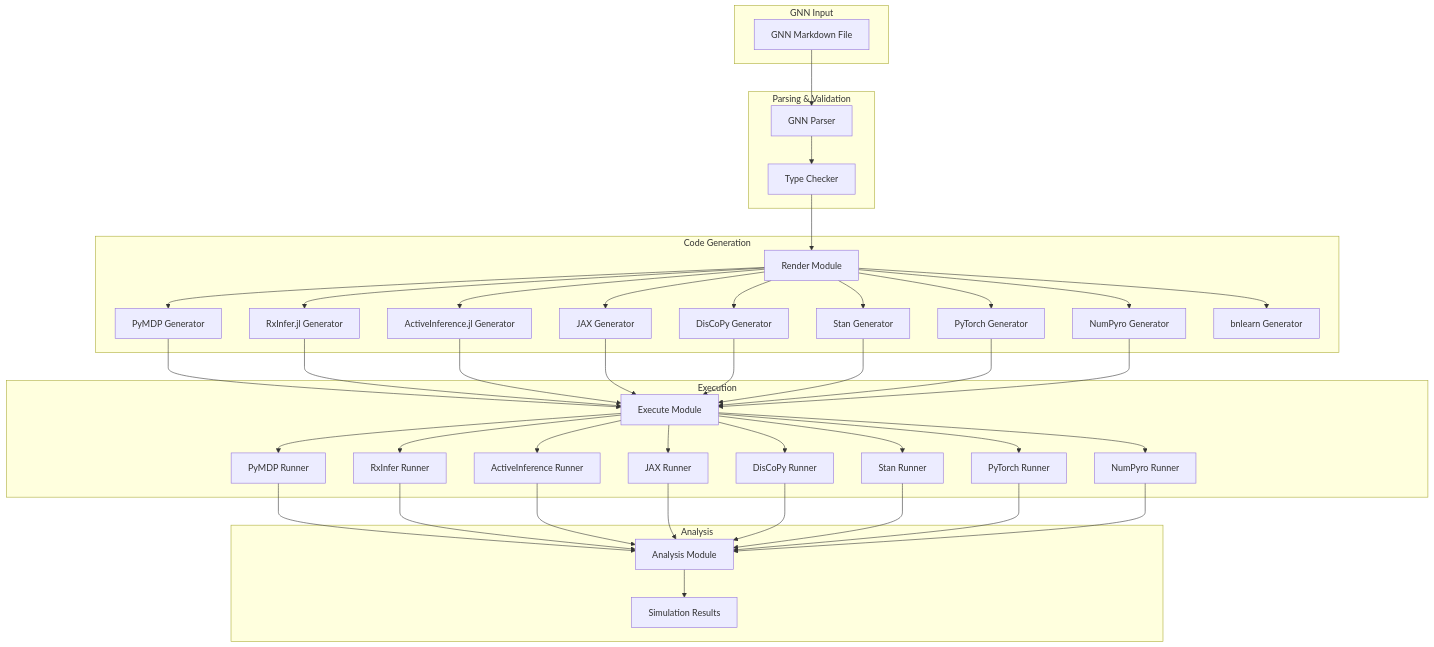
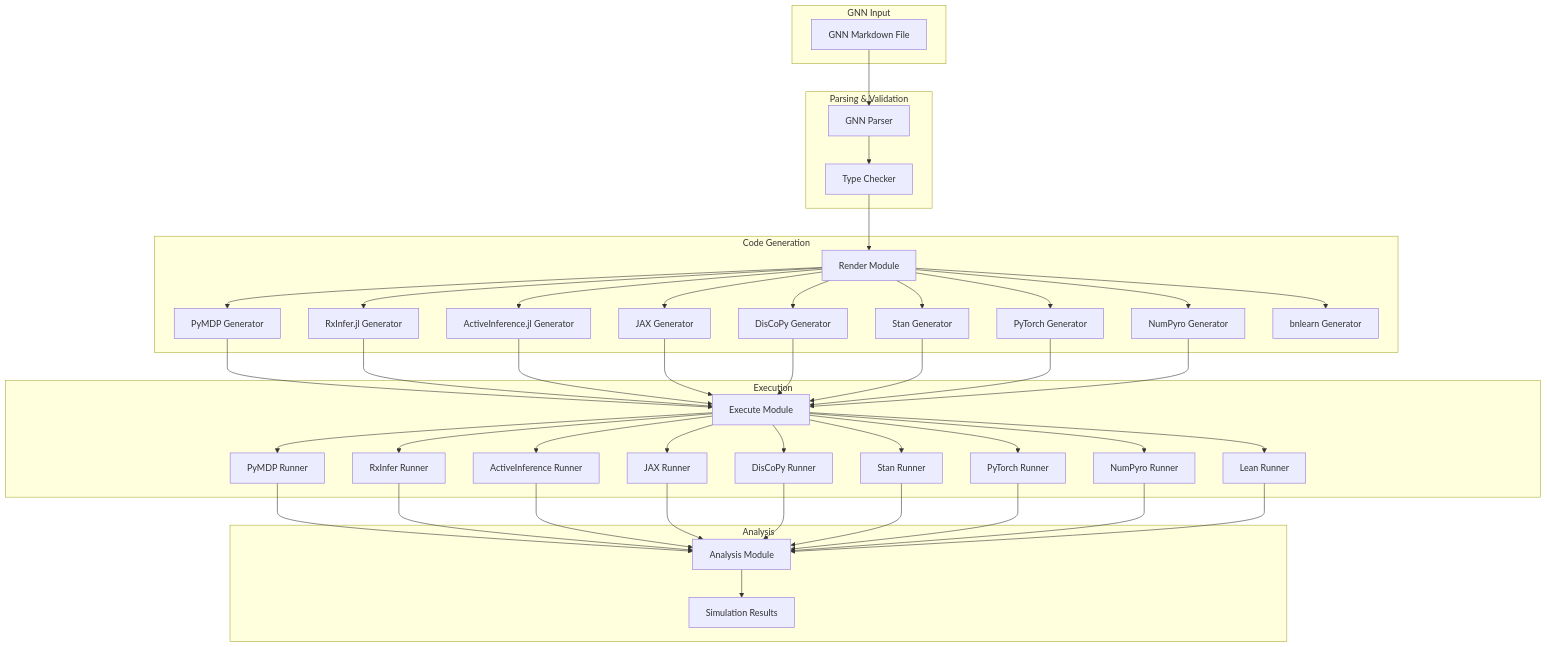
Before and after one commit to ActiveInferenceInstitute/GeneralizedNotationNotation: the fourth of 8 diagrams in README.md, drawn with Mermaid. The commit also changed other lines of this file and 131 other files, not shown here.

````diff
--- a/README.md
+++ b/README.md
@@ -411,6 +411,7 @@
         StanExec[Stan Runner]
         PyTorchExec[PyTorch Runner]
         NumPyroExec[NumPyro Runner]
+        LeanExec[Lean Runner]
     end
     
     subgraph "Analysis"
@@ -449,6 +450,7 @@
     Executor --> StanExec
     Executor --> PyTorchExec
     Executor --> NumPyroExec
+    Executor --> LeanExec
     
     PyMDPExec --> Analyzer
     RxInferExec --> Analyzer
@@ -458,6 +460,7 @@
     StanExec --> Analyzer
     PyTorchExec --> Analyzer
     NumPyroExec --> Analyzer
+    LeanExec --> Analyzer
     
     Analyzer --> Results
 ```
````
